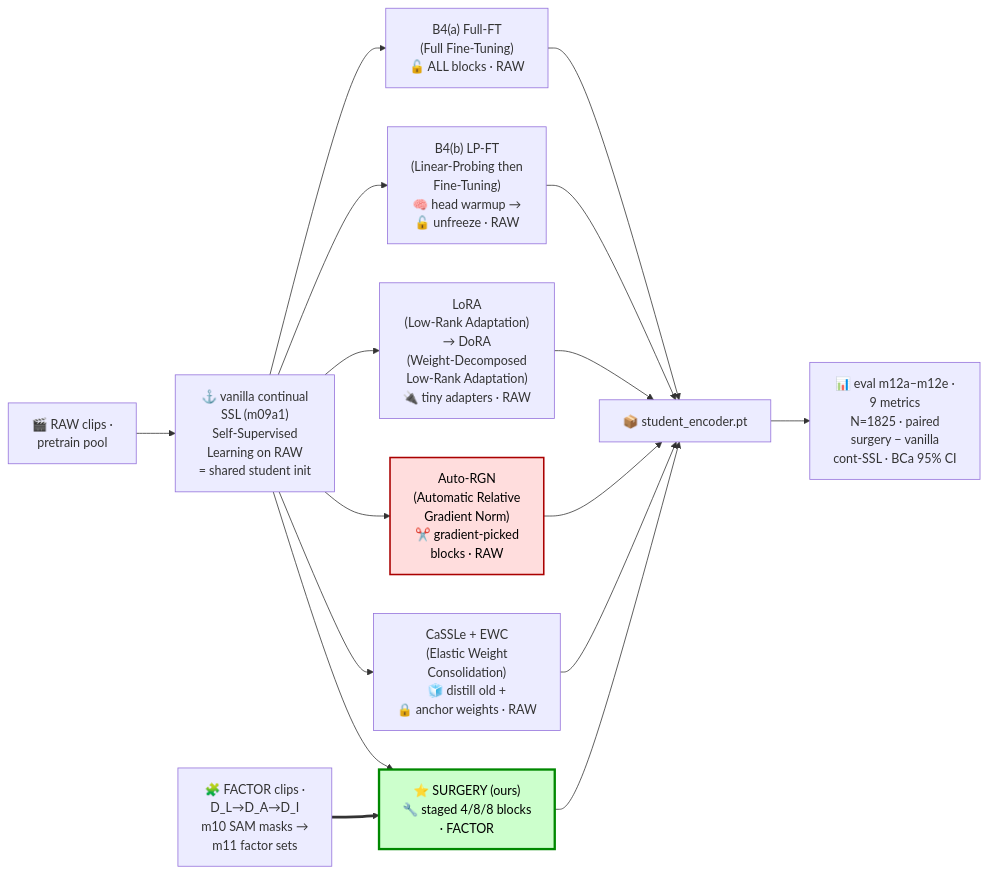
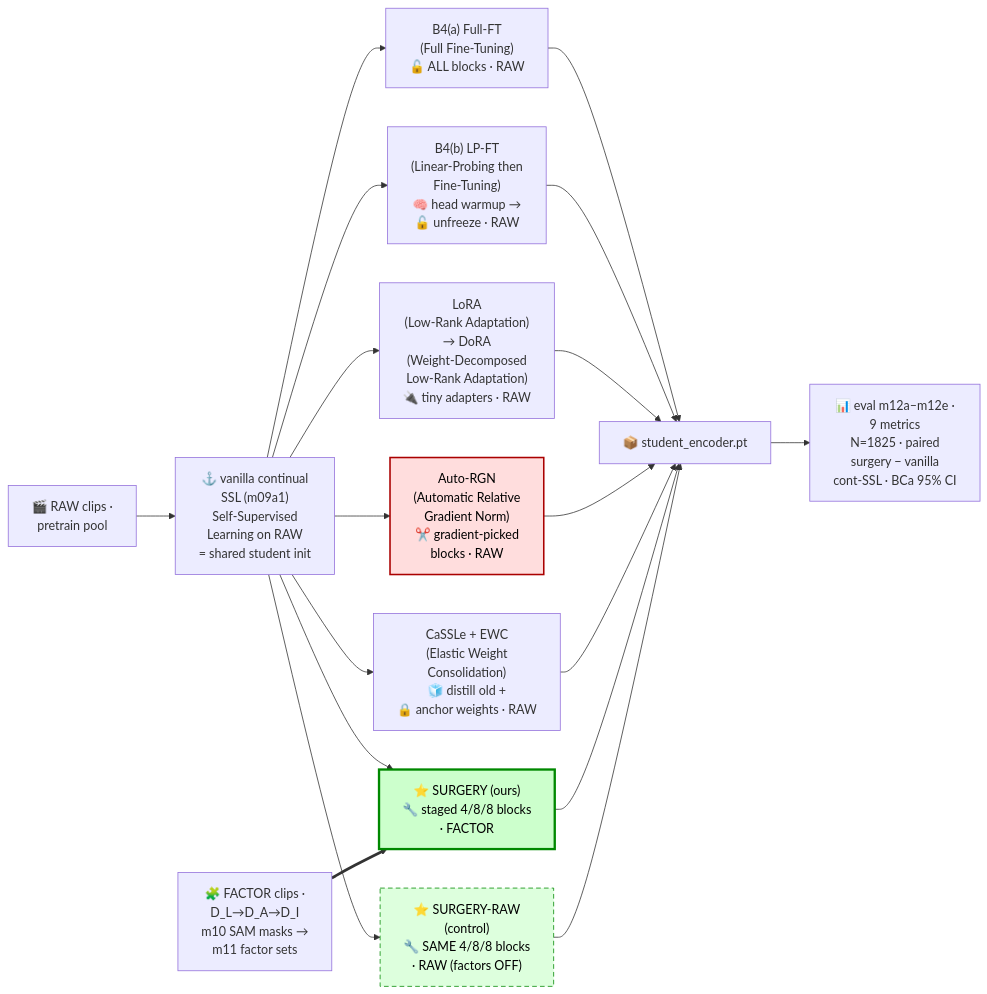
One commit to kapilw25/LLM_asAgent_3D_SR changed the first of 3 diagrams in iter/iter18_ablations_FTtechniues/plan_baselines_roadmap.md. Above: the diagram before and after it, drawn with Mermaid. The commit also changed other lines of this file and 22 other files, not shown here.

````diff
--- a/iter/iter18_ablations_FTtechniues/plan_baselines_roadmap.md
+++ b/iter/iter18_ablations_FTtechniues/plan_baselines_roadmap.md
@@ -164,27 +167,30 @@
 ```mermaid
 flowchart LR
     RAW["🎬 RAW clips ·<br>pretrain pool"]
     FAC["🧩 FACTOR clips ·<br>D_L→D_A→D_I<br>m10 SAM masks →<br>m11 factor sets"]
     INIT["⚓ vanilla continual<br>SSL (m09a1)<br>Self-Supervised<br>Learning on RAW<br>= shared student init"]
     RAW --> INIT
 
     INIT --> B4F["B4(a) Full-FT<br>(Full Fine-Tuning)<br>🔓 ALL blocks · RAW"]
     INIT --> B4L["B4(b) LP-FT<br>(Linear-Probing then<br>Fine-Tuning)<br>🧠 head warmup →<br>🔓 unfreeze · RAW"]
     INIT --> B1["LoRA<br>(Low-Rank Adaptation)<br>→ DoRA<br>(Weight-Decomposed<br>Low-Rank Adaptation)<br>🔌 tiny adapters · RAW"]
     INIT --> B2["Auto-RGN<br>(Automatic Relative<br>Gradient Norm)<br>✂️ gradient-picked<br>blocks · RAW"]
     INIT --> B3["CaSSLe + EWC<br>(Elastic Weight<br>Consolidation)<br>🧊 distill old +<br>🔒 anchor weights · RAW"]
     INIT --> SURG["⭐ SURGERY (ours)<br>🔧 staged 4/8/8 blocks<br>· FACTOR"]
+    INIT --> SURGR["⭐ SURGERY-RAW<br>(control)<br>🔧 SAME 4/8/8 blocks<br>· RAW (factors OFF)"]
 
     FAC ==> SURG
 
     B4F --> EXP["📦 student_encoder.pt"]
     B4L --> EXP
     B1 --> EXP
     B2 --> EXP
     B3 --> EXP
     SURG --> EXP
+    SURGR --> EXP
     EXP --> EVAL["📊 eval m12a–m12e ·<br>9 metrics<br>N=1825 · paired<br>surgery − vanilla<br>cont-SSL · BCa 95% CI"]
 
     style SURG fill:#cfc,stroke:#080,stroke-width:3px,color:#000
+    style SURGR fill:#dfd,stroke:#080,stroke-dasharray:6 4,color:#000
     style B2 fill:#fdd,stroke:#a00,stroke-width:2px,color:#000
 ```
````
